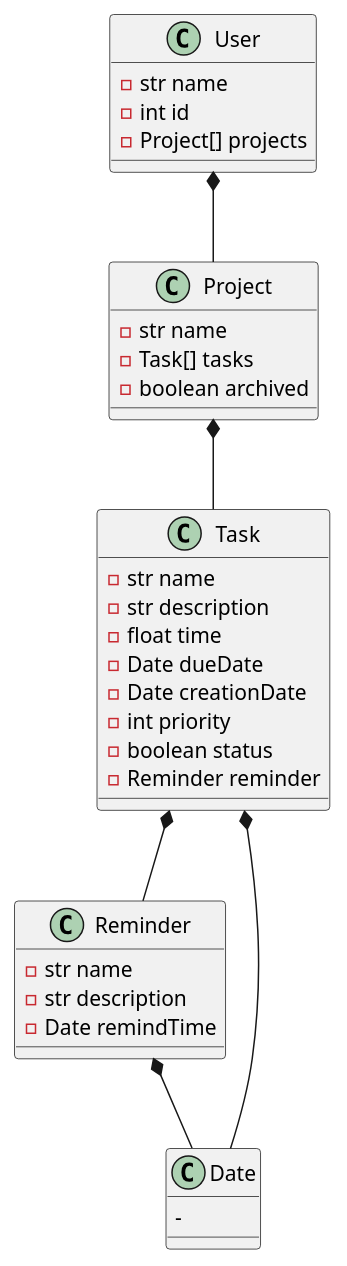
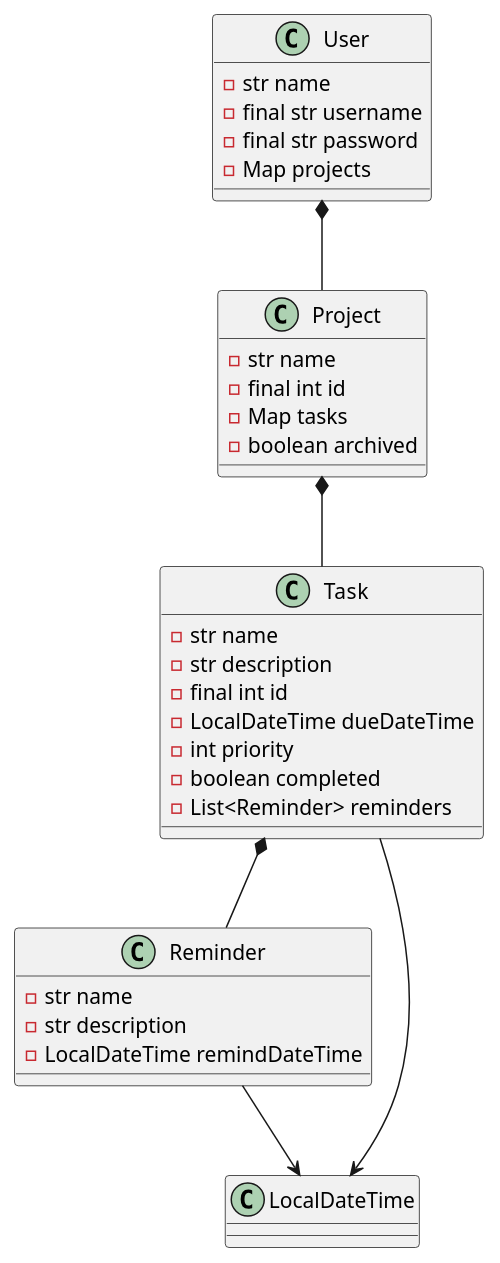
The diagram in classes.puml (earnestma/csc207-project), drawn with PlantUML before and after one commit. The commit also changed 4 other files, not shown here.

Commit message:
- Created the entities and their constructors based on the UML - Updated the UML diagram

```diff
--- a/classes.puml
+++ b/classes.puml
@@ -1,44 +1,44 @@
 @startuml
 'https://plantuml.com/class-diagram
 
-
+'Composition Relations (A has B)'
 User *-- Project
 Project *-- Task
 Task *-- Reminder
-Task *-- Date
-Reminder *-- Date
+
+'Dependency Relations (A use B)'
+Task --> LocalDateTime
+Reminder --> LocalDateTime
 
 class Task {
 - str name
 - str description
-- float time
-- Date dueDate
-- Date creationDate
+- final int id
+- LocalDateTime dueDateTime
 - int priority
-- boolean status
-- Reminder reminder
+- boolean completed
+- List<Reminder> reminders
 }
 
 class Project {
 - str name
-- Task[] tasks
+- final int id
+- Map tasks
 - boolean archived
 }
 
 class User{
 - str name
-- int id
-- Project[] projects
+- final str username
+- final str password
+- Map projects
 }
 
 class Reminder{
 - str name
 - str description
-- Date remindTime
+- LocalDateTime remindDateTime
 }
 
-class Date{
--
-}
 
 @enduml
```
